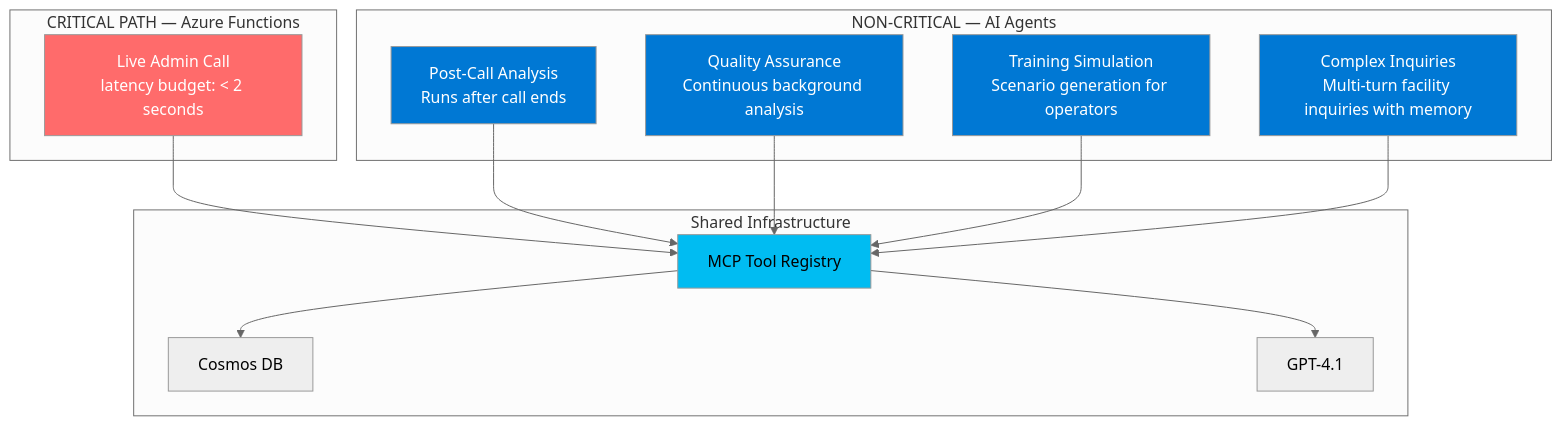
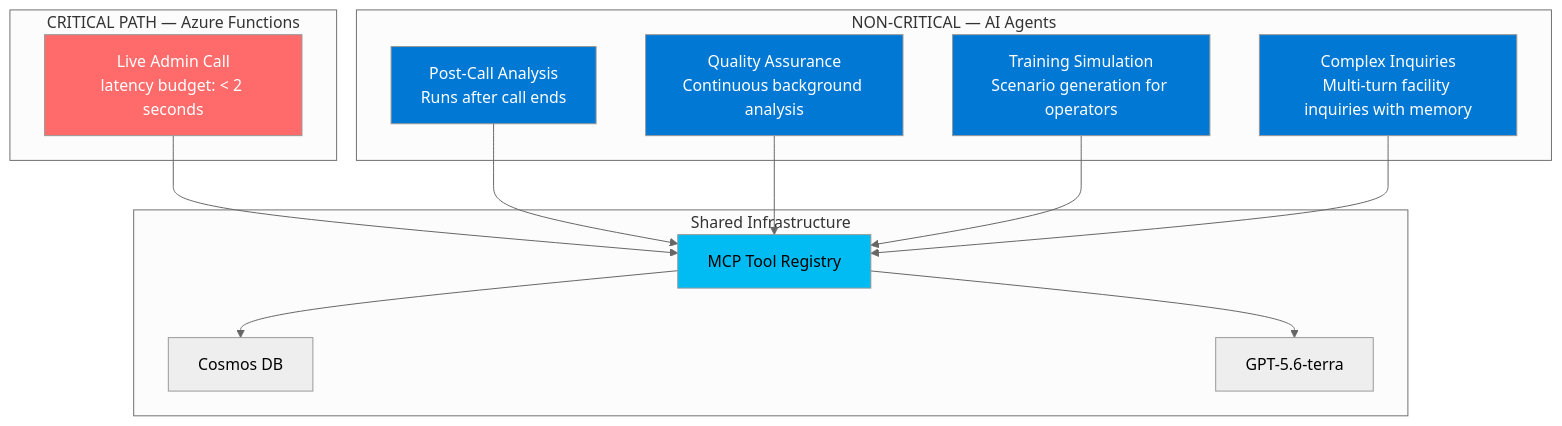
One commit to wtomaz808/e611-IVR changed the fifth of 6 diagrams in docs/AI-MCP-agentic-config.md. Above: the diagram before and after it, drawn with Mermaid (neutral theme). The commit also changed other lines of this file and 12 other files, not shown here.

````diff
--- a/docs/AI-MCP-agentic-config.md
+++ b/docs/AI-MCP-agentic-config.md
@@ -358,33 +358,33 @@
 ```mermaid
 graph TB
     subgraph "CRITICAL PATH — Azure Functions"
         Live[Live Admin Call\nlatency budget: < 2 seconds]
         style Live fill:#FF6B6B,color:#fff
     end
 
     subgraph "NON-CRITICAL — AI Agents"
         PostCall[Post-Call Analysis\nRuns after call ends]
         QA[Quality Assurance\nContinuous background analysis]
         Training[Training Simulation\nScenario generation for operators]
         InfoCall[Complex Inquiries\nMulti-turn facility inquiries with memory]
         style PostCall fill:#0078D4,color:#fff
         style QA fill:#0078D4,color:#fff
         style Training fill:#0078D4,color:#fff
         style InfoCall fill:#0078D4,color:#fff
     end
 
     subgraph "Shared Infrastructure"
         MCP[MCP Tool Registry]
         Cosmos2[Cosmos DB]
-        OpenAI2[GPT-4.1]
+        OpenAI2[GPT-5.6-terra]
         style MCP fill:#00BCF2,color:#000
     end
 
     Live --> MCP
     PostCall --> MCP
     QA --> MCP
     Training --> MCP
     InfoCall --> MCP
     MCP --> Cosmos2
     MCP --> OpenAI2
 ```
````
